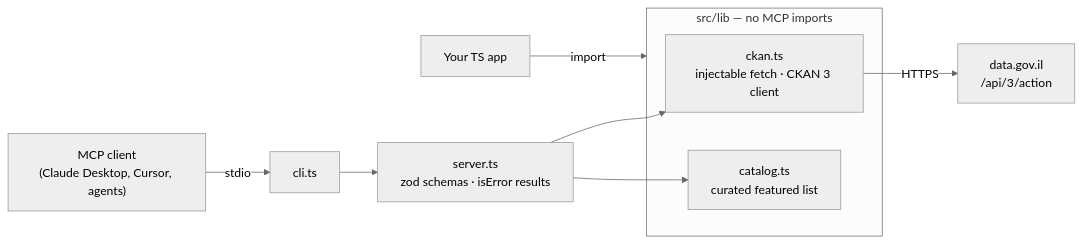
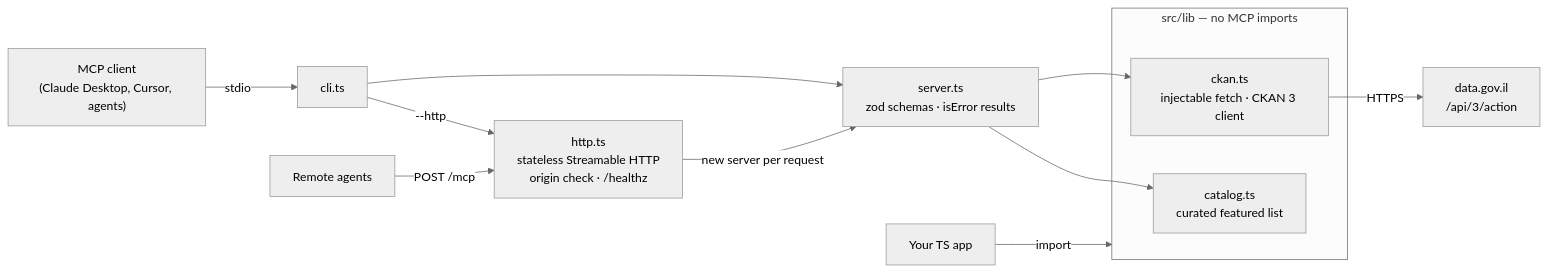
One commit to Shtibel1/il-opendata-mcp changed the diagram in README.md. Above: the diagram before and after it, drawn with Mermaid (neutral theme). The commit also changed other lines of this file and 8 other files, not shown here.

First line of the commit message:
feat: stateless Streamable HTTP transport (--http) with health check and origin guard

````diff
--- a/README.md
+++ b/README.md
@@ -85,13 +118,16 @@
 ```mermaid
 flowchart LR
   C["MCP client<br/>(Claude Desktop, Cursor, agents)"] -- stdio --> CLI[cli.ts]
+  R["Remote agents"] -- "POST /mcp" --> H["http.ts<br/>stateless Streamable HTTP<br/>origin check · /healthz"]
   CLI --> S["server.ts<br/>zod schemas · isError results"]
+  CLI -- "--http" --> H
+  H -- "new server per request" --> S
   S --> CKAN
   S --> CAT
   subgraph L["src/lib — no MCP imports"]
     CKAN["ckan.ts<br/>injectable fetch · CKAN 3 client"]
     CAT["catalog.ts<br/>curated featured list"]
   end
   CKAN -- HTTPS --> GOV["data.gov.il<br/>/api/3/action"]
   APP["Your TS app"] -- import --> L
 ```
````
